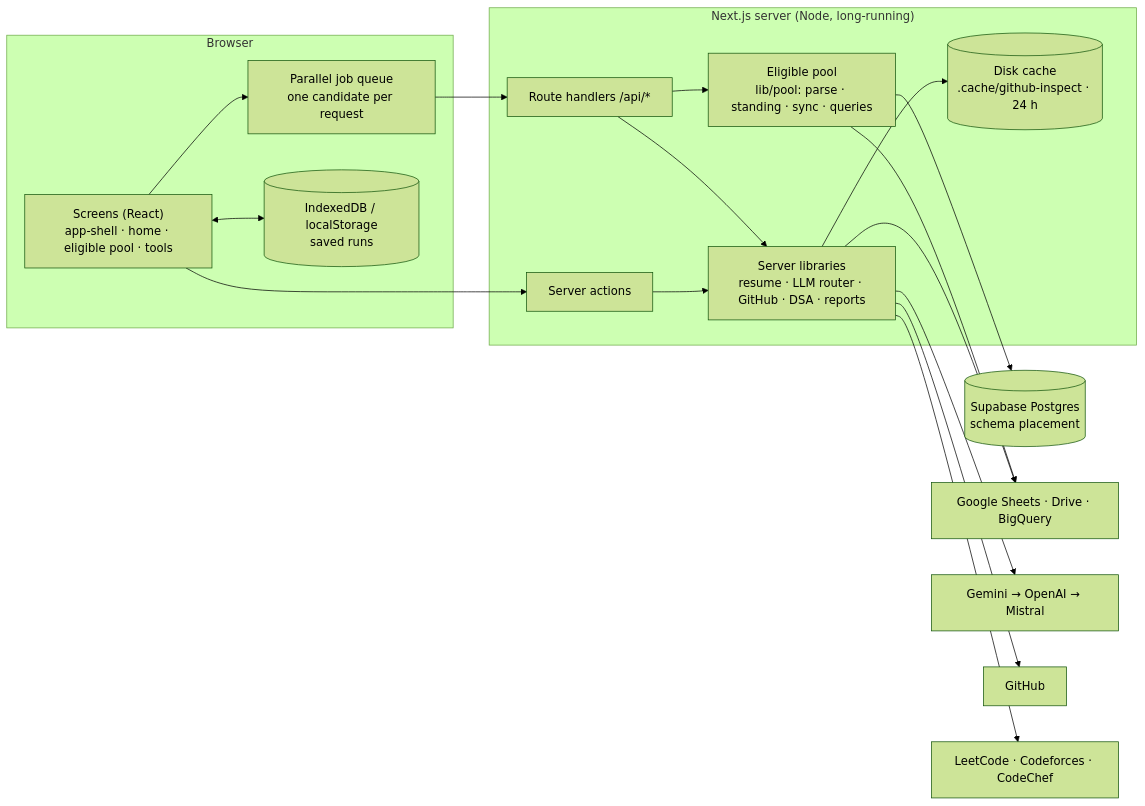
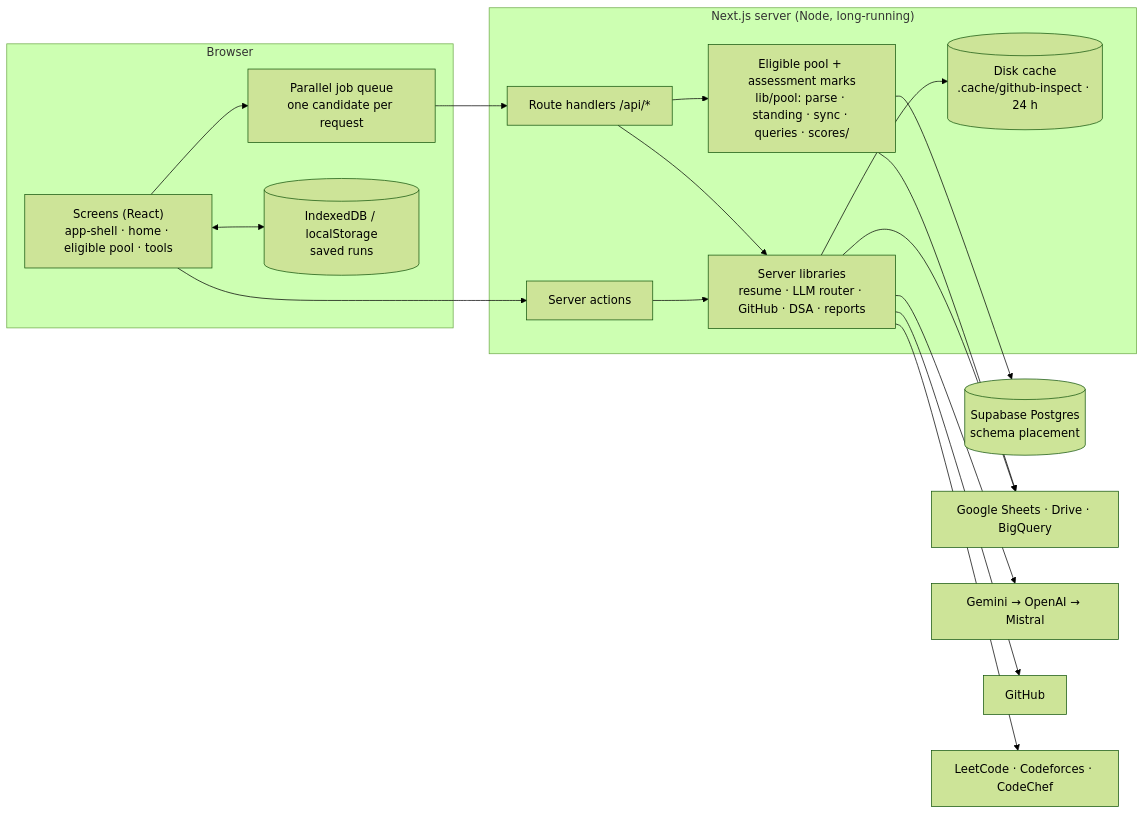
One commit to Hemanthsure123/PSM_CONSOLIDATION changed the first of 3 diagrams in docs/architecture.md. Above: the diagram before and after it, drawn with Mermaid (forest theme). The commit also changed other lines of this file and 33 other files, not shown here.

````diff
--- a/docs/architecture.md
+++ b/docs/architecture.md
@@ -9,34 +9,34 @@
 ```mermaid
 flowchart LR
   subgraph Browser
     UI["Screens (React)<br/>app-shell · home · eligible pool · tools"]
     Q["Parallel job queue<br/>one candidate per request"]
     BS[("IndexedDB / localStorage<br/>saved runs")]
   end
   subgraph Server["Next.js server (Node, long-running)"]
     RH["Route handlers /api/*"]
     SA["Server actions"]
     LIB["Server libraries<br/>resume · LLM router · GitHub · DSA · reports"]
-    POOL["Eligible pool<br/>lib/pool: parse · standing · sync · queries"]
+    POOL["Eligible pool + assessment marks<br/>lib/pool: parse · standing · sync · queries · scores/"]
     FC[("Disk cache<br/>.cache/github-inspect · 24 h")]
   end
   PG[("Supabase Postgres<br/>schema placement")]
   GS["Google Sheets · Drive · BigQuery"]
   AI["Gemini → OpenAI → Mistral"]
   GH["GitHub"]
   CP["LeetCode · Codeforces · CodeChef"]
 
   UI --> Q --> RH
   UI --> SA
   UI <--> BS
   RH --> LIB
   SA --> LIB
   RH --> POOL
   POOL --> PG
   POOL --> GS
   LIB --> GS
   LIB --> AI
   LIB --> GH
   LIB --> CP
   LIB --> FC
 ```
````
